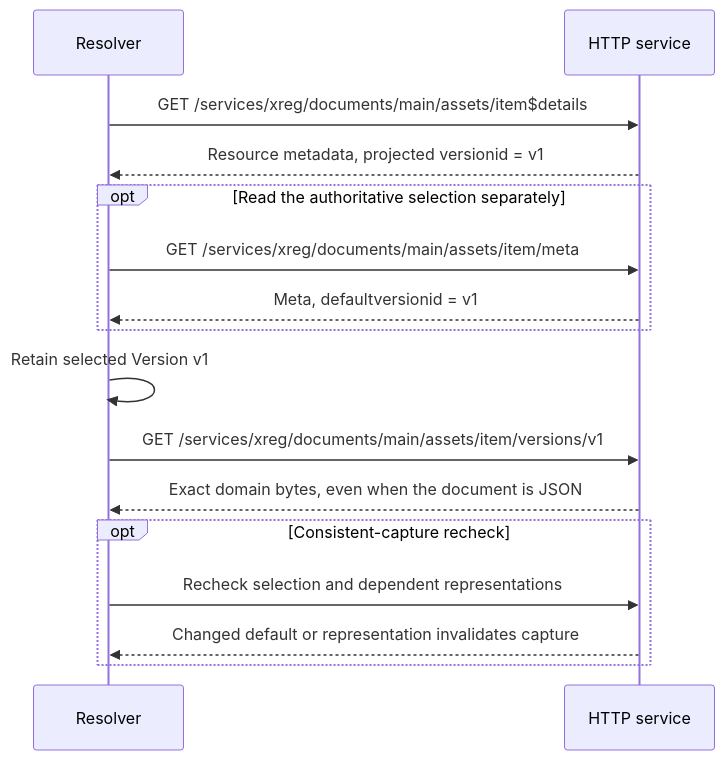
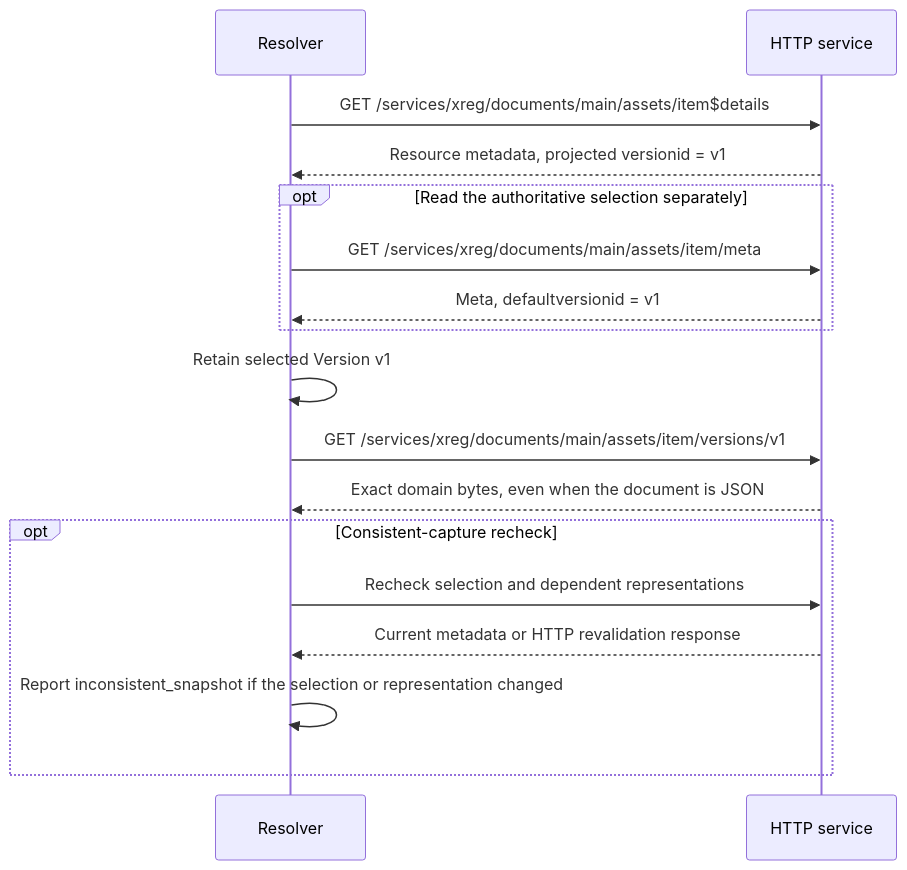
The diagram in workingdrafts/bindings/http-federation.md (xregistry/spec), drawn with Mermaid before and after one commit. The commit also changed other lines of this file and 24 other files, not shown here.

````diff
--- a/workingdrafts/bindings/http-federation.md
+++ b/workingdrafts/bindings/http-federation.md
@@ -236,18 +240,19 @@
 ```mermaid
 sequenceDiagram
     participant R as Resolver
     participant H as HTTP service
     R->>H: GET /services/xreg/documents/main/assets/item$details
     H-->>R: Resource metadata, projected versionid = v1
     opt Read the authoritative selection separately
         R->>H: GET /services/xreg/documents/main/assets/item/meta
         H-->>R: Meta, defaultversionid = v1
     end
     R->>R: Retain selected Version v1
     R->>H: GET /services/xreg/documents/main/assets/item/versions/v1
     H-->>R: Exact domain bytes, even when the document is JSON
     opt Consistent-capture recheck
         R->>H: Recheck selection and dependent representations
-        H-->>R: Changed default or representation invalidates capture
+        H-->>R: Current metadata or HTTP revalidation response
+        R->>R: Report inconsistent_snapshot if the selection or representation changed
     end
 ```
````
